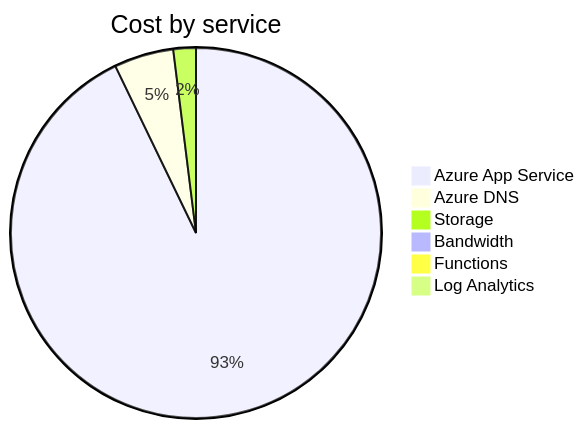
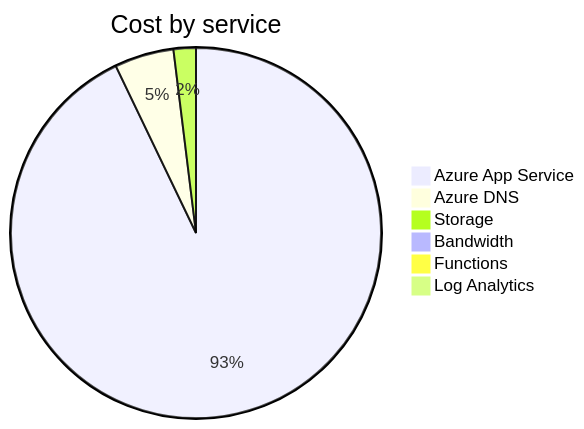
One commit to jpfulton/azure-personal-reports changed the second of 4 diagrams in cost-reports/accumulated-cost.md. Above: the diagram before and after it, drawn with Mermaid. The commit also changed other lines of this file and 4 other files, not shown here.

````diff
--- a/cost-reports/accumulated-cost.md
+++ b/cost-reports/accumulated-cost.md
@@ -98,10 +98,10 @@
 ```mermaid
 pie
    title Cost by service
-   "Azure App Service" : 11.79
-   "Azure DNS" : 0.66
-   "Storage" : 0.25
+   "Azure App Service" : 12.38
+   "Azure DNS" : 0.69
+   "Storage" : 0.26
    "Bandwidth" : 0.00
    "Functions" : 0.00
    "Log Analytics" : 0.00
 ```
````
